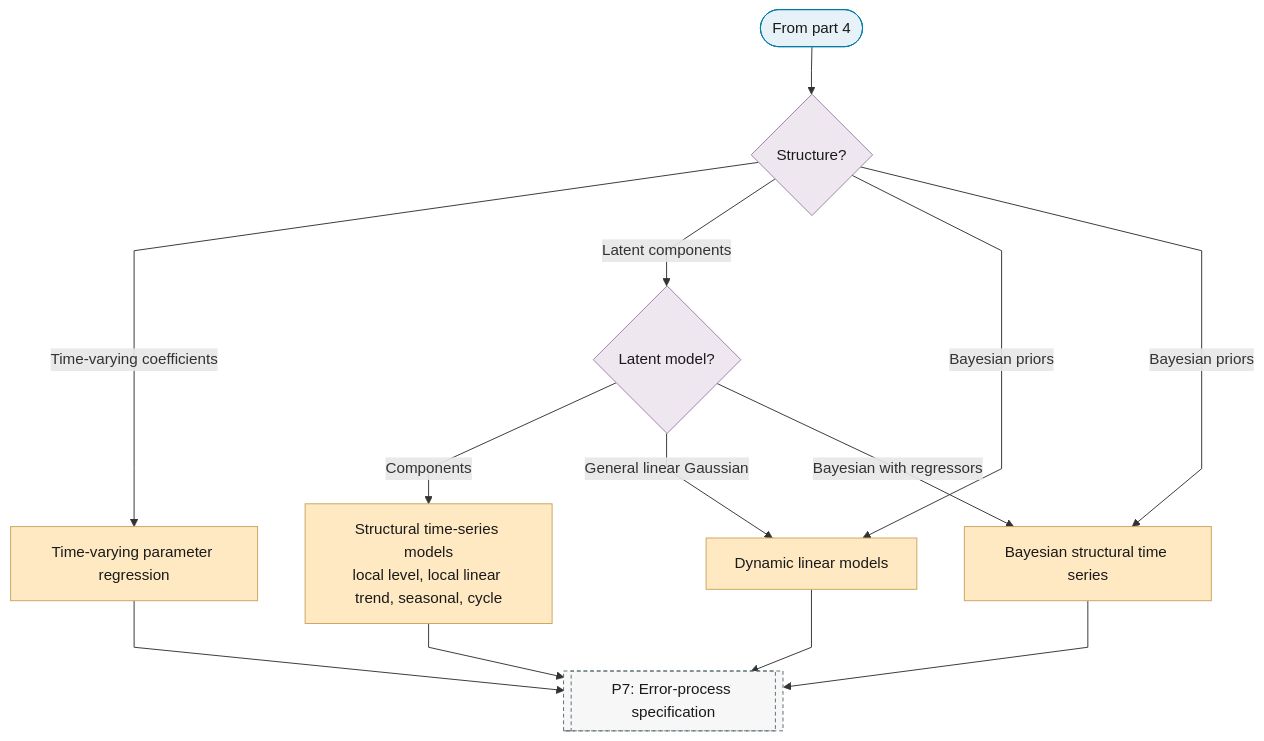
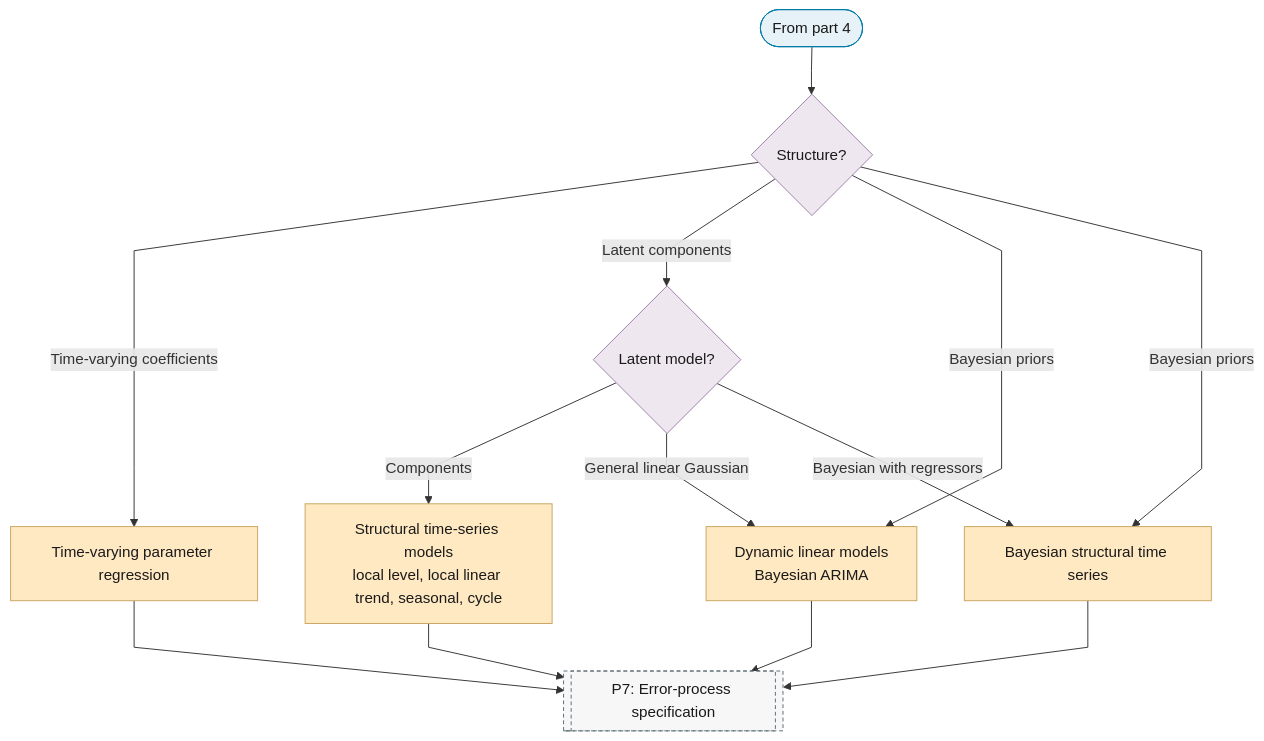
One commit to Shuxin-Y/time-series-analysis-manual changed the seventh of 10 diagrams in docs/01-workflow/p06-mean-model-class.md. Above: the diagram before and after it, drawn with Mermaid. The commit also changed other lines of this file and 19 other files, not shown here.

````diff
--- a/docs/01-workflow/p06-mean-model-class.md
+++ b/docs/01-workflow/p06-mean-model-class.md
@@ -191,24 +191,24 @@
 ```mermaid
 %%{init: {"flowchart": {"curve": "linear"}}}%%
 graph TD
     P6_PART_7_IN(["From part 4"]) --> P6_STRUCTURED{"Structure?"}
     P6_STRUCTURED -->|"Time-varying coefficients"| P6_TVP_REGRESSION["Time-varying parameter regression"]
     P6_STRUCTURED -->|"Latent components"| P6_LATENT_MODEL{"Latent model?"}
     P6_STRUCTURED -->|"Bayesian priors"| P6_DLM & P6_BSTS
     P6_LATENT_MODEL -->|"Components"| P6_STRUCTURAL_TS["Structural time-series models<br/>local level, local linear trend, seasonal, cycle"]
-    P6_LATENT_MODEL -->|"General linear Gaussian"| P6_DLM["Dynamic linear models"]
+    P6_LATENT_MODEL -->|"General linear Gaussian"| P6_DLM["Dynamic linear models<br/>Bayesian ARIMA"]
     P6_LATENT_MODEL -->|"Bayesian with regressors"| P6_BSTS["Bayesian structural time series"]
     P6_TVP_REGRESSION & P6_STRUCTURAL_TS & P6_DLM & P6_BSTS --> P7[["P7: Error-process specification"]]
     class P6_TVP_REGRESSION,P6_STRUCTURAL_TS,P6_DLM,P6_BSTS escalate
     class P6_PART_7_IN terminator
     class P6_STRUCTURED,P6_LATENT_MODEL decision
     class P7 ref
     classDef terminator fill:#E6F2F7,stroke:#007BA7,color:#1A1A1A;
     classDef process fill:#FFFFFF,stroke:#5A6B73,color:#1A1A1A;
     classDef decision fill:#EFE7F0,stroke:#9B7FA7,color:#1A1A1A;
     classDef data fill:#FFF4E0,stroke:#C9A55E,color:#1A1A1A;
     classDef good fill:#DCEFD8,stroke:#4A7A3F,color:#1A1A1A;
     classDef escalate fill:#FFE9C2,stroke:#C9A55E,color:#1A1A1A;
     classDef problem fill:#F2D9DE,stroke:#800020,color:#1A1A1A;
     classDef ref fill:#F7F7F7,stroke:#5A6B73,color:#1A1A1A,stroke-dasharray:4 3;
 ```
````
